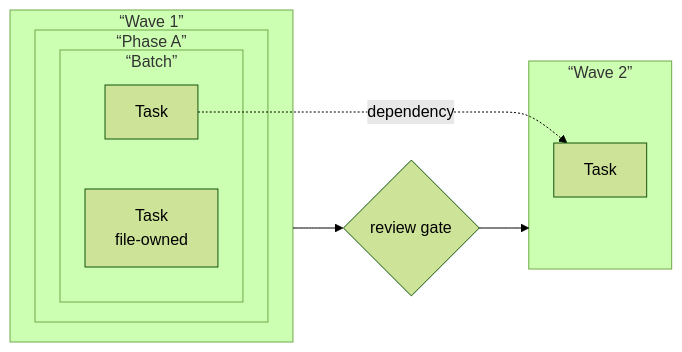
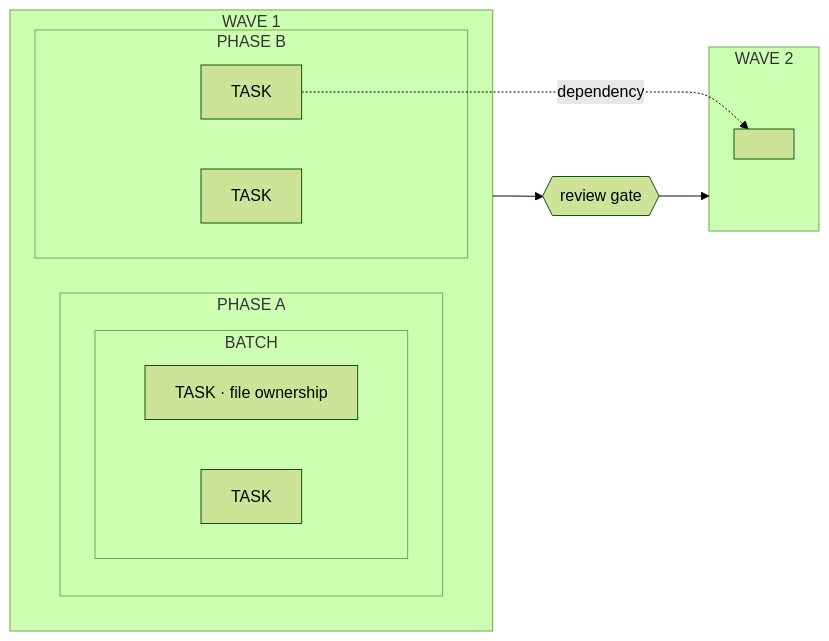
Before and after one commit to miethe/signal_to_system: the second of 2 diagrams in docs/design/imagery/essay-storyboards-v1/agentic-operations-flow.md, drawn with Mermaid (forest theme). The commit also changed other lines of this file and 10 other files, not shown here.

````diff
--- a/docs/design/imagery/essay-storyboards-v1/agentic-operations-flow.md
+++ b/docs/design/imagery/essay-storyboards-v1/agentic-operations-flow.md
@@ -243,17 +178,21 @@
 ```mermaid
 flowchart LR
-  subgraph W1[“Wave 1”]
-    subgraph PH[“Phase A”]
-      subgraph BA[“Batch”]
-        T1[Task\nfile-owned]
-        T2[Task]
+  subgraph W1[WAVE 1]
+    subgraph PA[PHASE A]
+      subgraph B[BATCH]
+        T1[TASK · file ownership]
+        T2[TASK]
       end
     end
+    subgraph PB[PHASE B]
+      T3[TASK]
+      T4[TASK]
+    end
   end
-  RG{review gate}
-  subgraph W2[“Wave 2”]
-    T3[Task]
+  G{{review gate}}
+  subgraph W2[WAVE 2]
+    T5[ ]
   end
-  W1 --> RG --> W2
-  T2 -.->|dependency| T3
+  W1 --> G --> W2
+  T4 -. dependency .-> T5
 ```
````
